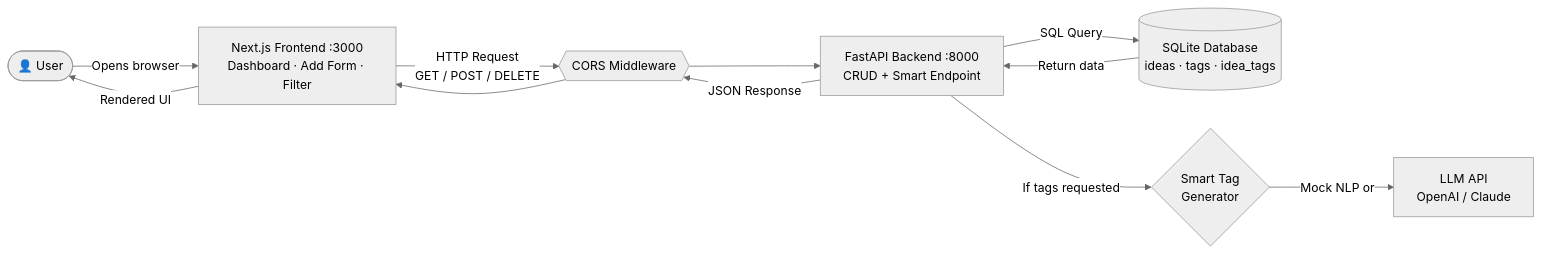
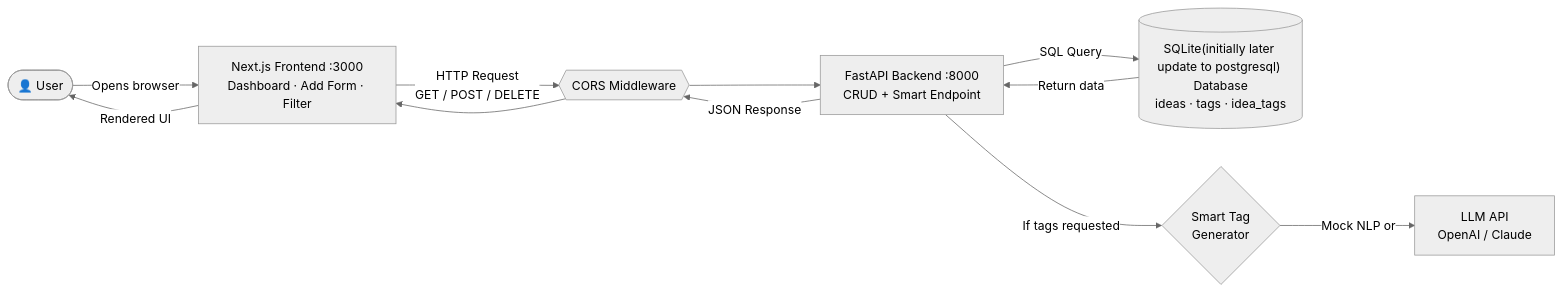
Before and after one commit to Saima-H/orientrix-training: the first of 4 diagrams in AI_JOURNAL.md, drawn with Mermaid (neutral theme).

````diff
--- a/AI_JOURNAL.md
+++ b/AI_JOURNAL.md
@@ -85,13 +85,13 @@
 ```mermaid
 flowchart LR
     User([👤 User]) -->|Opens browser| FE["Next.js Frontend :3000<br/>Dashboard · Add Form · Filter"]
     FE -->|HTTP Request<br/>GET / POST / DELETE| CORS{{CORS Middleware}}
     CORS --> BE["FastAPI Backend :8000<br/>CRUD + Smart Endpoint"]
-    BE -->|SQL Query| DB[("SQLite Database<br/>ideas · tags · idea_tags")]
+    BE -->|SQL Query| DB[("SQLite(initially later update to postgresql) Database<br/>ideas · tags · idea_tags")]
     BE -->|If tags requested| AI{"Smart Tag<br/>Generator"}
     AI -->|Mock NLP or| LLM[LLM API<br/>OpenAI / Claude]
     DB -->|Return data| BE
     BE -->|JSON Response| CORS
     CORS --> FE
     FE -->|Rendered UI| User
 ```
````
